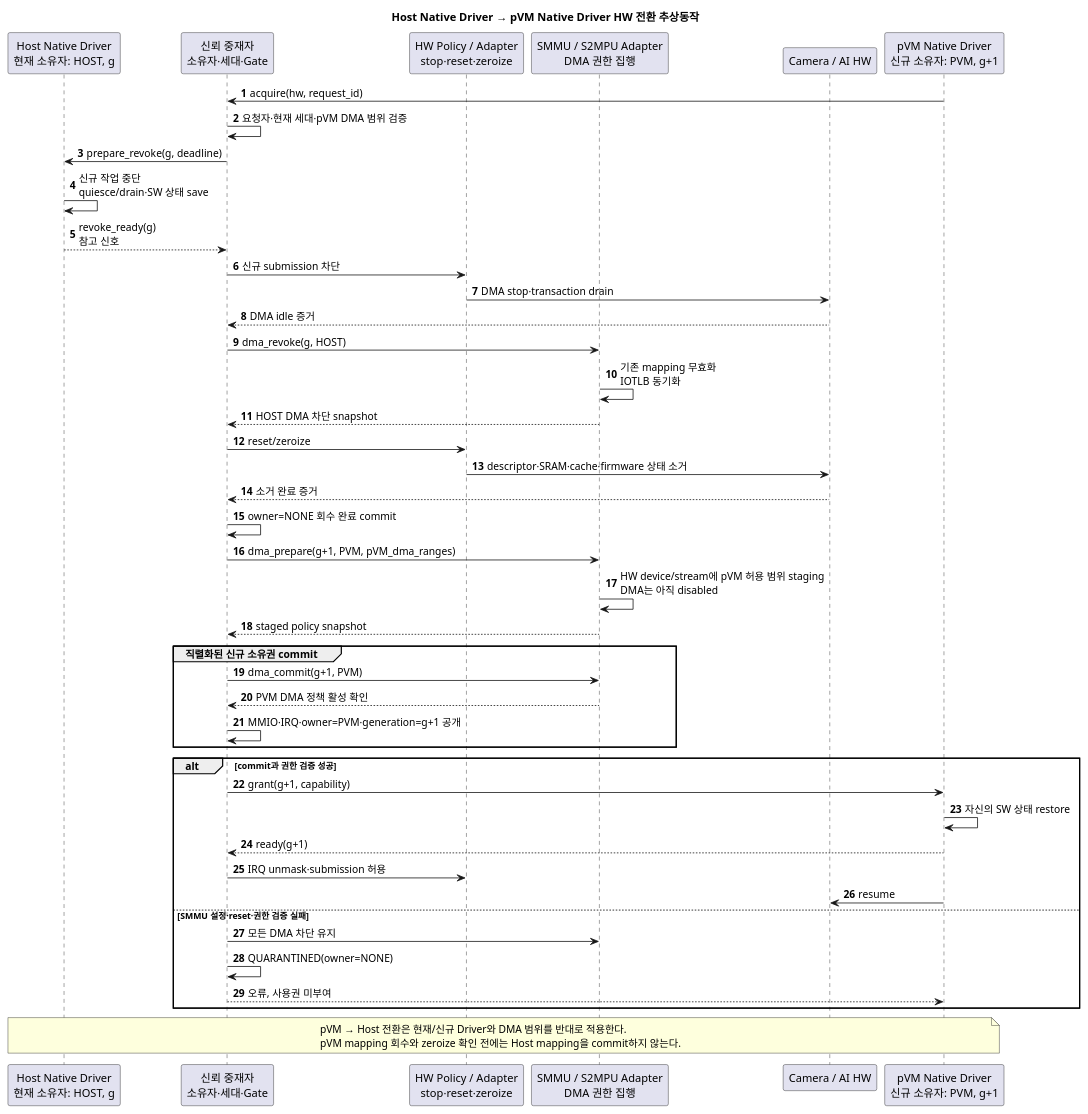
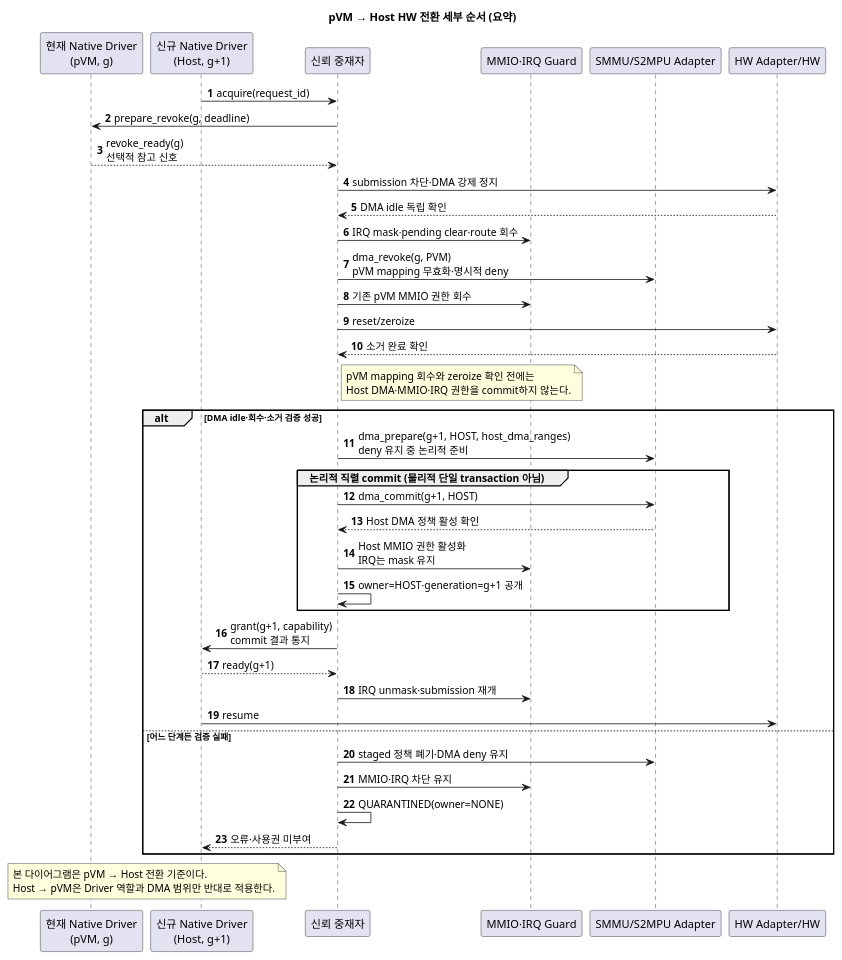
The first of 2 diagrams in docs-align/품질위협_문제1_HW공유_기밀데이터_노출.md (boram1288/test-p), drawn with PlantUML before and after one commit. The commit also changed other lines of this file, not shown here.

Commit message:
pVM에서 Host로의 HW 전환 다이어그램 간소화
참여자별 SMMU·MMIO·IRQ 회수와 Host 권한 부여 순서를 간결한 PlantUML로 정리

````diff
--- a/docs-align/품질위협_문제1_HW공유_기밀데이터_노출.md
+++ b/docs-align/품질위협_문제1_HW공유_기밀데이터_노출.md
@@ -118,59 +118,56 @@
 ```plantuml
 @startuml
-title Host Native Driver → pVM Native Driver HW 전환 추상동작
+title pVM → Host HW 전환 세부 순서 (요약)
 
 autonumber
-participant "Host Native Driver\n현재 소유자: HOST, g" as HostDrv
-participant "신뢰 중재자\n소유자·세대·Gate" as Arbiter
-participant "HW Policy / Adapter\nstop·reset·zeroize" as HwAdapter
-participant "SMMU / S2MPU Adapter\nDMA 권한 집행" as Smmu
-participant "Camera / AI HW" as HW
-participant "pVM Native Driver\n신규 소유자: PVM, g+1" as PvmDrv
+participant "현재 Native Driver\n(pVM, g)" as Cur
+participant "신규 Native Driver\n(Host, g+1)" as New
+participant "신뢰 중재자" as Arb
+participant "MMIO·IRQ Guard" as Guard
+participant "SMMU/S2MPU Adapter" as Smmu
+participant "HW Adapter/HW" as Hw
 
-PvmDrv -> Arbiter : acquire(hw, request_id)
-Arbiter -> Arbiter : 요청자·현재 세대·pVM DMA 범위 검증
-Arbiter -> HostDrv : prepare_revoke(g, deadline)
-HostDrv -> HostDrv : 신규 작업 중단\nquiesce/drain·SW 상태 save
-HostDrv --> Arbiter : revoke_ready(g)\n참고 신호
+New -> Arb : acquire(request_id)
+Arb -> Cur : prepare_revoke(g, deadline)
+Cur --> Arb : revoke_ready(g)\n선택적 참고 신호
 
-Arbiter -> HwAdapter : 신규 submission 차단
-HwAdapter -> HW : DMA stop·transaction drain
-HW --> Arbiter : DMA idle 증거
+Arb -> Hw : submission 차단·DMA 강제 정지
+Hw --> Arb : DMA idle 독립 확인
+Arb -> Guard : IRQ mask·pending clear·route 회수
+Arb -> Smmu : dma_revoke(g, PVM)\npVM mapping 무효화·명시적 deny
+Arb -> Guard : 기존 pVM MMIO 권한 회수
+Arb -> Hw : reset/zeroize
+Hw --> Arb : 소거 완료 확인
 
-Arbiter -> Smmu : dma_revoke(g, HOST)
-Smmu -> Smmu : 기존 mapping 무효화\nIOTLB 동기화
-Smmu --> Arbiter : HOST DMA 차단 snapshot
+note right of Arb
+  pVM mapping 회수와 zeroize 확인 전에는
+  Host DMA·MMIO·IRQ 권한을 commit하지 않는다.
+end note
 
-Arbiter -> HwAdapter : reset/zeroize
-HwAdapter -> HW : descriptor·SRAM·cache·firmware 상태 소거
-HW --> Arbiter : 소거 완료 증거
-Arbiter -> Arbiter : owner=NONE 회수 완료 commit
+alt DMA idle·회수·소거 검증 성공
+  Arb -> Smmu : dma_prepare(g+1, HOST, host_dma_ranges)\ndeny 유지 중 논리적 준비
 
-Arbiter -> Smmu : dma_prepare(g+1, PVM, pVM_dma_ranges)
-Smmu -> Smmu : HW device/stream에 pVM 허용 범위 staging\nDMA는 아직 disabled
-Smmu --> Arbiter : staged policy snapshot
+  group 논리적 직렬 commit (물리적 단일 transaction 아님)
+    Arb -> Smmu : dma_commit(g+1, HOST)
+    Smmu --> Arb : Host DMA 정책 활성 확인
+    Arb -> Guard : Host MMIO 권한 활성화\nIRQ는 mask 유지
+    Arb -> Arb : owner=HOST·generation=g+1 공개
+  end
 
-group 직렬화된 신규 소유권 commit
-  Arbiter -> Smmu : dma_commit(g+1, PVM)
-  Smmu --> Arbiter : PVM DMA 정책 활성 확인
-  Arbiter -> Arbiter : MMIO·IRQ·owner=PVM·generation=g+1 공개
+  Arb -> New : grant(g+1, capability)\ncommit 결과 통지
+  New --> Arb : ready(g+1)
+  Arb -> Guard : IRQ unmask·submission 재개
+  New -> Hw : resume
+else 어느 단계든 검증 실패
+  Arb -> Smmu : staged 정책 폐기·DMA deny 유지
+  Arb -> Guard : MMIO·IRQ 차단 유지
+  Arb -> Arb : QUARANTINED(owner=NONE)
+  Arb --> New : 오류·사용권 미부여
 end
 
-alt commit과 권한 검증 성공
-  Arbiter -> PvmDrv : grant(g+1, capability)
-  PvmDrv -> PvmDrv : 자신의 SW 상태 restore
-  PvmDrv --> Arbiter : ready(g+1)
-  Arbiter -> HwAdapter : IRQ unmask·submission 허용
-  PvmDrv -> HW : resume
-else SMMU 설정·reset·권한 검증 실패
-  Arbiter -> Smmu : 모든 DMA 차단 유지
-  Arbiter -> Arbiter : QUARANTINED(owner=NONE)
-  Arbiter --> PvmDrv : 오류, 사용권 미부여
-end
-
-note over HostDrv,PvmDrv
-  pVM → Host 전환은 현재/신규 Driver와 DMA 범위를 반대로 적용한다.
-  pVM mapping 회수와 zeroize 확인 전에는 Host mapping을 commit하지 않는다.
+note over Cur,New
+  본 다이어그램은 pVM → Host 전환 기준이다.
+  Host → pVM은 Driver 역할과 DMA 범위만 반대로 적용한다.
 end note
 @enduml
 ```
````
